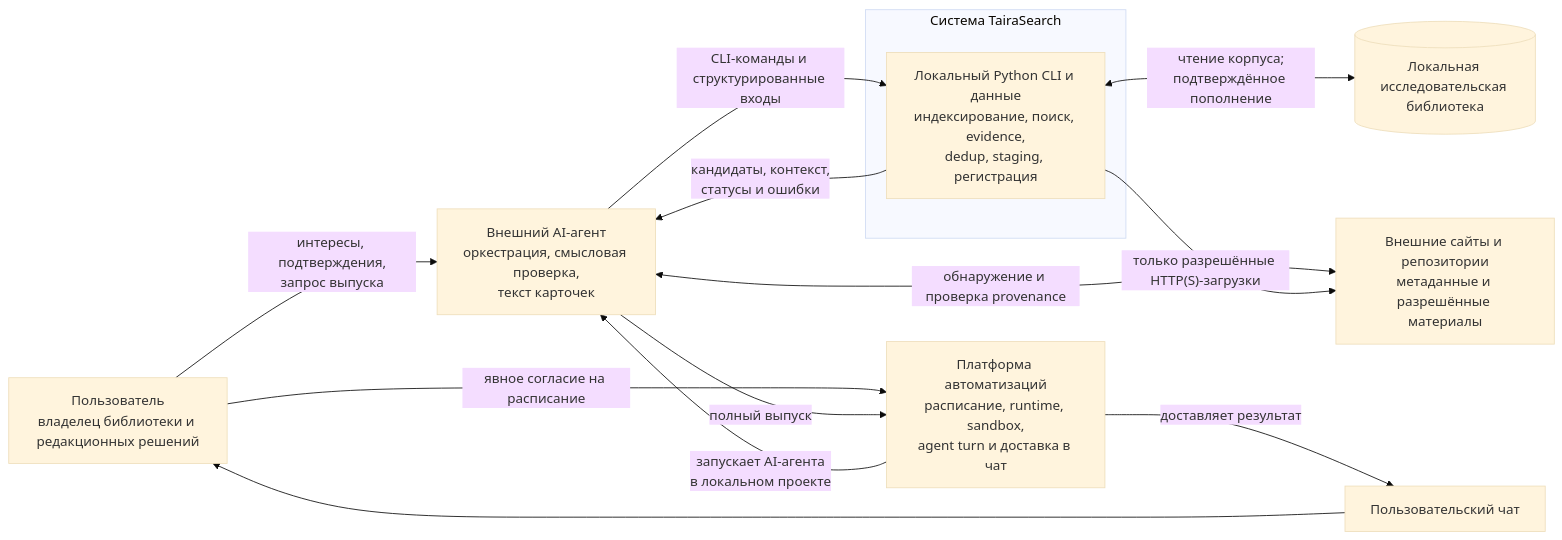
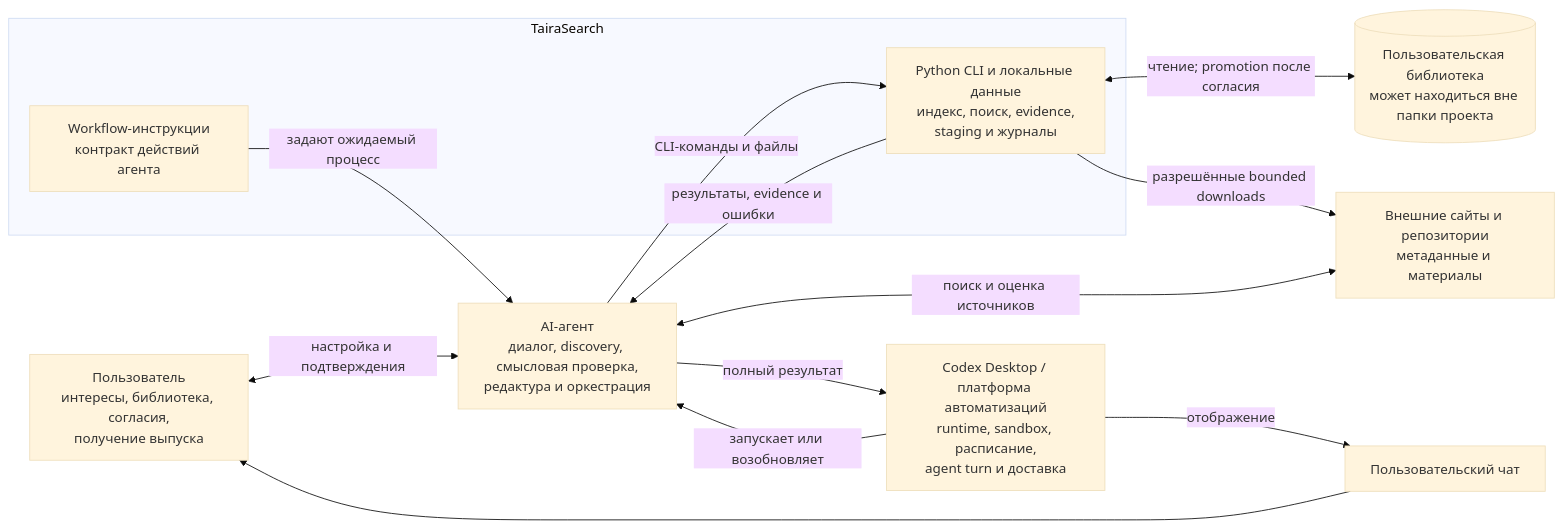
The first of 3 diagrams in docs/analysis/architecture.ru.md (Shellyspike/TairaSearch), drawn with Mermaid (base theme) before and after one commit. The commit also changed other lines of this file, not shown here.

````diff
--- a/docs/analysis/architecture.ru.md
+++ b/docs/analysis/architecture.ru.md
@@ -39,26 +33,26 @@
 ```mermaid
 flowchart LR
-    user["Пользователь<br/>владелец библиотеки и редакционных решений"]
-    agent["Внешний AI-агент<br/>оркестрация, смысловая проверка,<br/>текст карточек"]
-    scheduler["Платформа автоматизаций<br/>расписание, runtime, sandbox,<br/>agent turn и доставка в чат"]
-    sources["Внешние сайты и репозитории<br/>метаданные и разрешённые материалы"]
+    user["Пользователь<br/>интересы, библиотека, согласия,<br/>получение выпуска"]
+    agent["AI-агент<br/>диалог, discovery, смысловая проверка,<br/>редактура и оркестрация"]
+    platform["Codex Desktop / платформа автоматизаций<br/>runtime, sandbox, расписание,<br/>agent turn и доставка"]
+    sources["Внешние сайты и репозитории<br/>метаданные и материалы"]
+    corpus[("Пользовательская библиотека<br/>может находиться вне папки проекта")]
+    chat["Пользовательский чат"]
 
-    subgraph boundary["Система TairaSearch"]
-        ts["Локальный Python CLI и данные<br/>индексирование, поиск, evidence,<br/>dedup, staging, регистрация"]
+    subgraph tairasearch["TairaSearch"]
+        core["Python CLI и локальные данные<br/>индекс, поиск, evidence,<br/>staging и журналы"]
+        workflows["Workflow-инструкции<br/>контракт действий агента"]
     end
 
-    library[("Локальная исследовательская библиотека")]
-    chat["Пользовательский чат"]
-
-    user -->|"интересы, подтверждения,<br/>запрос выпуска"| agent
-    agent -->|"CLI-команды и структурированные входы"| ts
-    ts -->|"кандидаты, контекст,<br/>статусы и ошибки"| agent
-    ts <-->|"чтение корпуса;<br/>подтверждённое пополнение"| library
-    agent <-->|"обнаружение и проверка provenance"| sources
-    ts -->|"только разрешённые HTTP(S)-загрузки"| sources
-    user -->|"явное согласие на расписание"| scheduler
-    scheduler -->|"запускает AI-агента<br/>в локальном проекте"| agent
-    agent -->|"полный выпуск"| scheduler
-    scheduler -->|"доставляет результат"| chat
+    user <-->|"настройка и подтверждения"| agent
+    platform -->|"запускает или возобновляет"| agent
+    workflows -->|"задают ожидаемый процесс"| agent
+    agent -->|"CLI-команды и файлы"| core
+    core -->|"результаты, evidence и ошибки"| agent
+    core <-->|"чтение; promotion после согласия"| corpus
+    agent <-->|"поиск и оценка источников"| sources
+    core -->|"разрешённые bounded downloads"| sources
+    agent -->|"полный результат"| platform
+    platform -->|"отображение"| chat
     chat --> user
 ```
````
